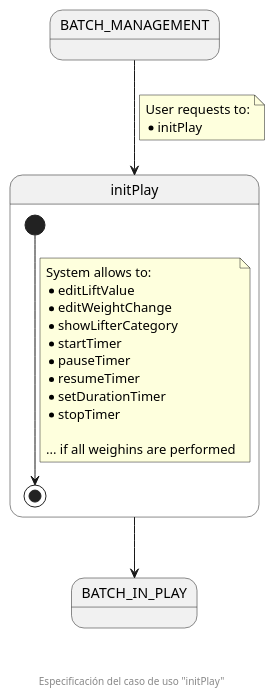
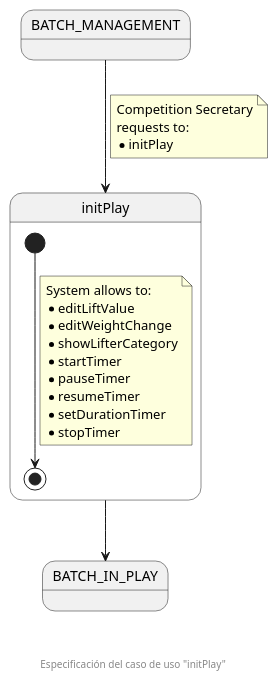
The diagram in documentation/diagrams/1_requirements/3_useCasesSpecification/competitionSecretary/02_initPlay.puml (zuldare/mastercloud_pfm_halterocms), drawn with PlantUML before and after one commit. The commit also changed 4 other files, not shown here.

Commit message:
Fix competition secretary use cases specification

```diff
--- a/documentation/diagrams/1_requirements/3_useCasesSpecification/competitionSecretary/02_initPlay.puml
+++ b/documentation/diagrams/1_requirements/3_useCasesSpecification/competitionSecretary/02_initPlay.puml
@@ -1,32 +1,31 @@
 @startuml
 state BATCH_MANAGEMENT
 state BATCH_IN_PLAY
 state initPlay {
 
   [*] --> [*]
   note on link
     System allows to:
     * editLiftValue
     * editWeightChange
     * showLifterCategory
     * startTimer
     * pauseTimer
     * resumeTimer
     * setDurationTimer
     * stopTimer
-
-    ... if all weighins are performed
   end note
 
 }
 
 BATCH_MANAGEMENT --> initPlay
 note on link
-  User requests to:
+  Competition Secretary
+  requests to:
   * initPlay
 end note
 
 initPlay --> BATCH_IN_PLAY
 
 footer \n\n\n Especificación del caso de uso "initPlay"
 @enduml
```
